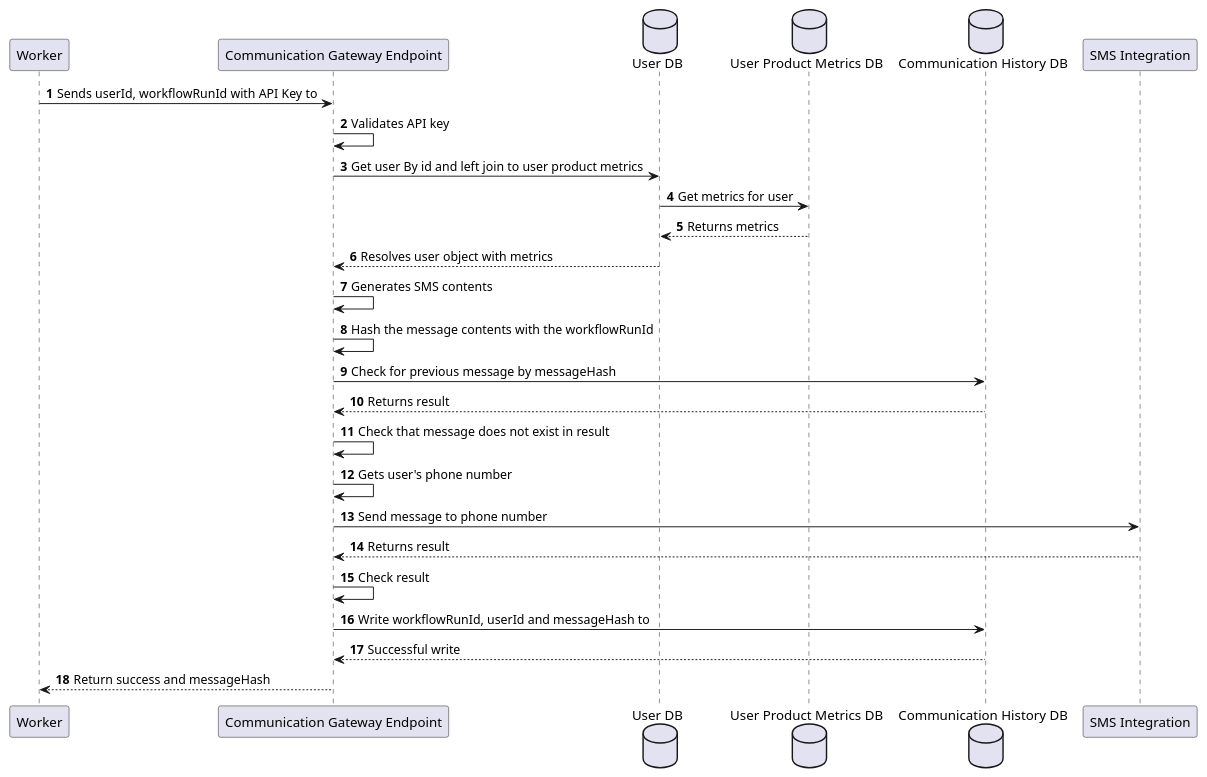
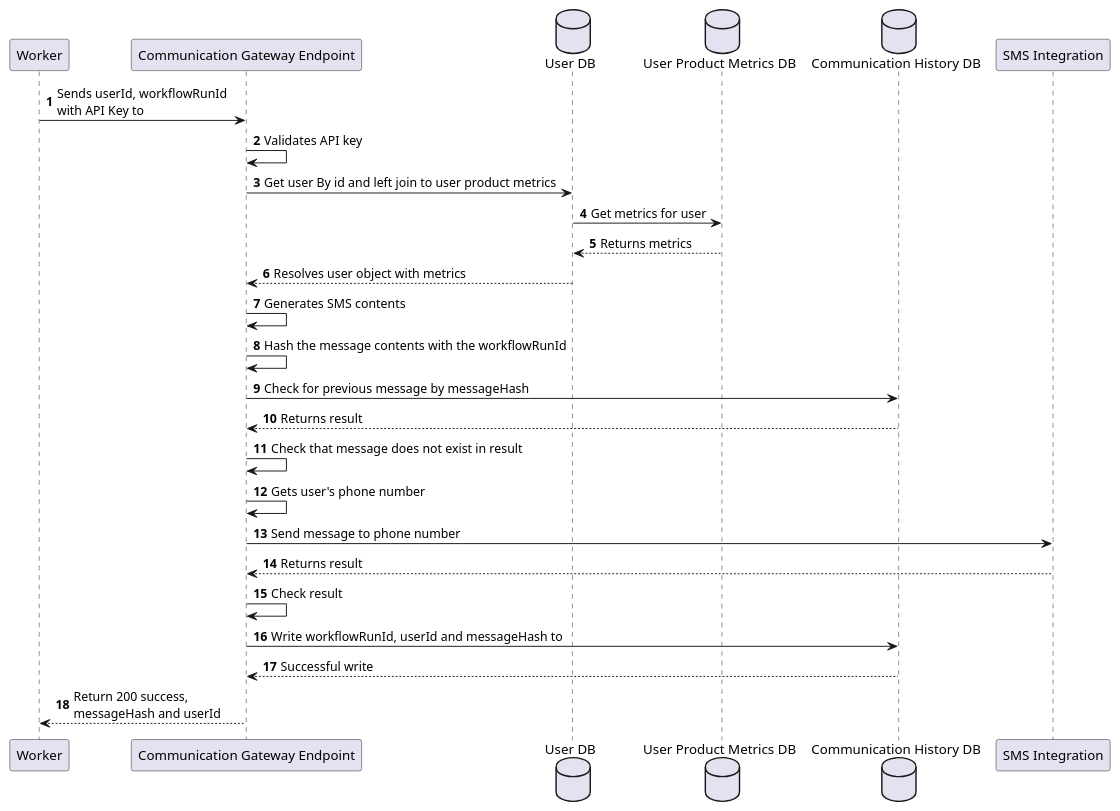
Before and after one commit to CameronWard301/communication_scheduler: the diagram in Designs/Sequence Diagrams/InvokeGateway.puml, drawn with PlantUML. The commit also changed 19 other files, not shown here.

Commit message:
Update/diagrams

```diff
--- a/Designs/Sequence Diagrams/InvokeGateway.puml
+++ b/Designs/Sequence Diagrams/InvokeGateway.puml
@@ -1,35 +1,36 @@
 @startuml Create New Workflow
 
 participant "Worker" as worker
 participant "Communication Gateway Endpoint" as gateway
 database "User DB" as userDB
 database "User Product Metrics DB" as metricsDB
 database "Communication History DB" as historyDB
 participant "SMS Integration" as sms
 
 autonumber
 
-worker -> gateway: Sends userId, workflowRunId with API Key to
+worker -> gateway: Sends userId, workflowRunId \nwith API Key to
 gateway -> gateway: Validates API key
 gateway -> userDB: Get user By id and left join to user product metrics
 userDB -> metricsDB: Get metrics for user
 metricsDB --> userDB: Returns metrics
 userDB --> gateway: Resolves user object with metrics
 
 gateway -> gateway: Generates SMS contents
 gateway -> gateway: Hash the message contents with the workflowRunId
 
 gateway -> historyDB: Check for previous message by messageHash
 
 historyDB --> gateway: Returns result
 gateway -> gateway: Check that message does not exist in result
 
 gateway -> gateway: Gets user's phone number
 gateway -> sms: Send message to phone number
 sms --> gateway: Returns result
 gateway -> gateway: Check result
 gateway -> historyDB: Write workflowRunId, userId and messageHash to
 historyDB --> gateway: Successful write
-gateway --> worker: Return success and messageHash
+gateway --> worker: Return 200 success,\nmessageHash and userId
+
 
 @enduml
```
